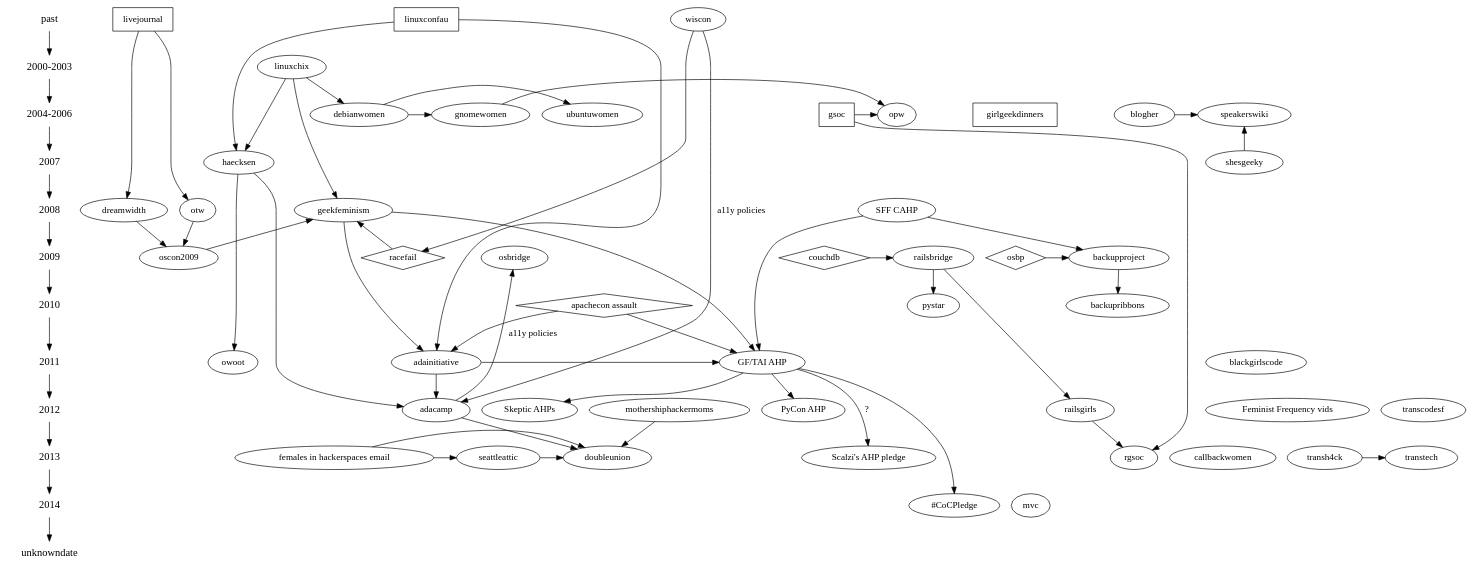
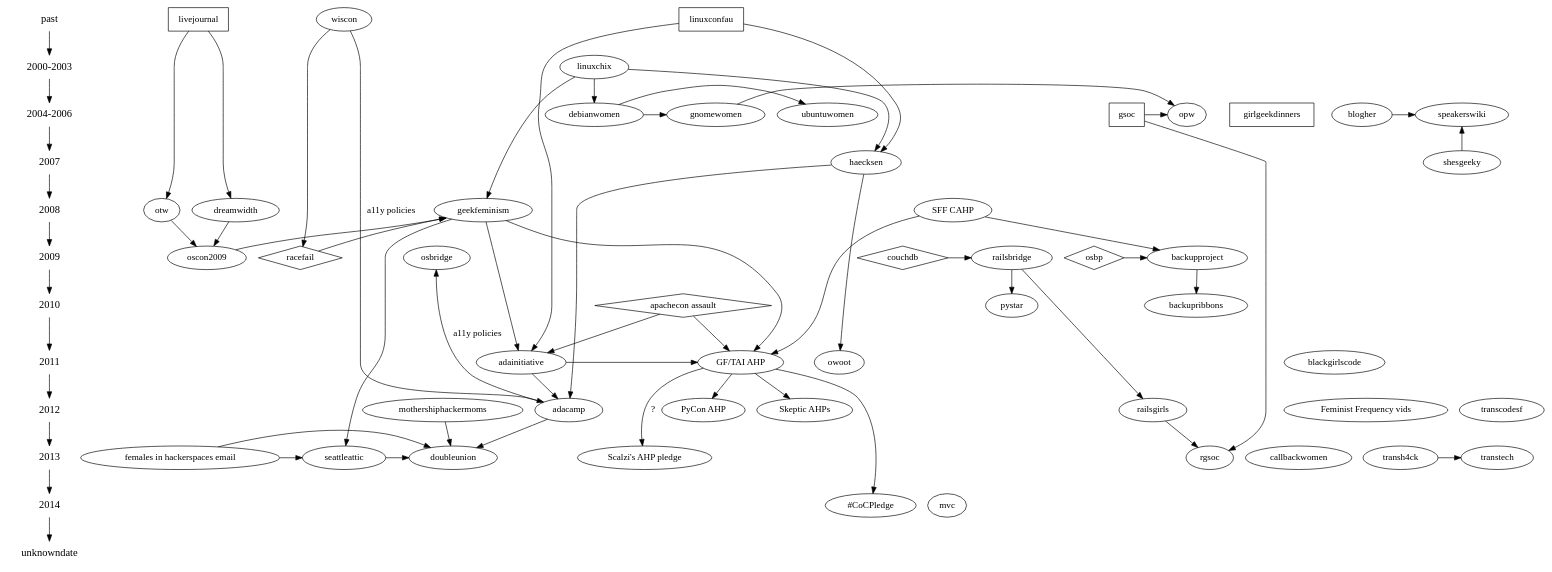
Before and after one commit to brainwane/gf-family-tree: the diagram in gfft.dot, drawn with Graphviz. The commit also changed 1 other file, not shown here.

Commit message:
Added GF as influence on seattleattic
(as per https://github.com/Skud/gf-family-tree/issues/6)

```diff
--- a/gfft.dot
+++ b/gfft.dot
@@ -1,159 +1,160 @@
 digraph GeekFeminismFamilyTree {
 
   /*
      The following shapes are used for different types of things:
      oval = geek feminist/women-in-tech/etc organisation
      rectangle = orgs that aren't particularly feminist, but are influential
      diamond = event/incident (cf. GF wiki "Timeline of Incidents")
   */
 
   /*
      And this section lays out the history in terms of years.
   */
 
   {
     node [shape=plaintext, fontsize=16];
     past -> "2000-2003" -> "2004-2006" -> 2007 -> 2008 -> 2009 -> 2010 -> 2011 -> 2012 -> 2013 -> 2014 -> unknowndate;
   }
   { rank = same; past; livejournal; wiscon; linuxconfau}
   { rank = same; "2000-2003"; linuxchix; }
   { rank = same; "2004-2006"; gsoc; opw; ubuntuwomen; gnomewomen; debianwomen; girlgeekdinners; blogher; speakerswiki}
   { rank = same; 2007; haecksen; shesgeeky; }
   { rank = same; 2008; "SFF CAHP"; geekfeminism; dreamwidth; otw; }
   { rank = same; 2009; oscon2009; racefail; couchdb; railsbridge; osbp; backupproject; osbridge; }
   { rank = same; 2010; "apachecon assault"; backupribbons;}
   { rank = same; 2011; adainitiative; "GF/TAI AHP"; owoot; blackgirlscode }
   { rank = same; 2012; adacamp; railsgirls; "Skeptic AHPs"; "PyCon AHP"; "Feminist Frequency vids"; transcodesf; }
   { rank = same; 2013; seattleattic; doubleunion; rgsoc; callbackwomen; "Scalzi's AHP pledge"; transh4ck; transtech; "females in hackerspaces email"}
   { rank = same; 2014; mvc; "#CoCPledge"; }
   { rank = same; 2014; mvc }
   { rank = same; unknowndate; }
 
   /* GGD explicitly identify as non-feminist
    * news.bbc.co.uk/2/hi/technology/8663593.stm */
   girlgeekdinners [shape=rectangle]
 
   /* Skud set up the GF wiki in 2008, mostly inspired by earlier "women
    * in open source" communities such as linuxchix */
   linuxchix -> geekfeminism;
 
   /* in 2009, Racefail introduced Skud and other GF wiki contributors to
    * a lot of new ideas */
   racefail -> geekfeminism;
   racefail [shape=diamond];
 
   /* in 2010, the Noirin Plunkett's assault at ApacheCon triggered
    * discussions about anti-harassment that would lead to the formation
    * of the Ada Initiative */
   "apachecon assault" -> adainitiative;
   "apachecon assault" [shape=diamond];
 
   /* GF (esp. volunteer burnout) was an influence on TAI */
   geekfeminism -> adainitiative;
 
   /* The first TAI discussions were held at LCA */
   linuxconfau -> adainitiative;
   linuxconfau [shape=rectangle];
 
   /* TAI wrote the first conf anti-harassment poilcy in response to the
    * apachecon assault */
   "apachecon assault" -> "GF/TAI AHP"
   "geekfeminism" -> "GF/TAI AHP"
   "adainitiative" -> "GF/TAI AHP"
 
   /* The Con Anti-Harassment Policy (out of SFF fandom) also inspired it */
   "SFF CAHP" -> "GF/TAI AHP"
 
   /* Vaguely related: Open Source Boob Project and Backup Project */
   osbp -> backupproject
   osbp [shape=diamond]
   "SFF CAHP" -> backupproject
   backupproject -> backupribbons;
 
   /* The GF/TAI AHP inspired the PyCon variant */
   "GF/TAI AHP" -> "PyCon AHP";
 
   /* The GF/TAI AHP inspired the skeptic variants */
   "GF/TAI AHP" -> "Skeptic AHPs";
   "GF/TAI AHP" -> "#CoCPledge";
 
   /* Causation here is less clear. */
   "GF/TAI AHP" -> "Scalzi's AHP pledge" [label="?"];
 
   adainitiative -> adacamp;
 
   /* Adacamp was inspired in some ways by Wiscon, eg. accessibility */
   wiscon -> adacamp [label="a11y policies"];
   /* and then open source bridge picked up some of that from adacamp */
   adacamp -> osbridge [label="a11y policies"];
 
   /* DoubleUnion came out of AdaCamp SF in 2013 */
   adacamp -> doubleunion;
+  geekfeminism -> seattleattic
   "females in hackerspaces email" -> seattleattic
   "females in hackerspaces email" -> doubleunion
   /* pretty sure mothership hackermoms was also an inspiration? */
   mothershiphackermoms -> doubleunion;
   seattleattic -> doubleunion;
 
   /* Various early women-in-open-source mailing lists etc */
   linuxchix -> debianwomen;
   debianwomen -> ubuntuwomen;
   /* Direct ancestry, because Hanna Wallach did debianwomen first and
    * then GNOME Women, and was never a big participant in LinuxChix*/
   debianwomen -> gnomewomen;
   haecksen -> owoot;
 
   /* Gnome Outreach Program for Women, now FOSS OPW */
   gnomewomen -> opw;
   /* "The Outreach Program for Women (OPW) was inspired by Google's
    * Summer of Code and by how few women applied for it."
    * via gnome.org/opw (why can't I include double slashes in a comment?)
    */
   gsoc -> opw;
   gsoc [shape=rectangle]
 
   /* LinuxChix inspired the Haecksen miniconf at LCA */
   linuxchix -> haecksen;
   linuxconfau -> haecksen;
 
   /* Both creations of Mary Gardiner's, one of the inputs to AdaCamp is
      what wasn't possible with Haecksen */
   haecksen -> adacamp;
 
   /* RailsBridge happened in response to the CouchDB incident at
    * GoGaRuCo */
   couchdb -> railsbridge;
   couchdb [shape=diamond];
   railsbridge -> pystar;
   railsbridge -> railsgirls;
 
   /* There's now a rails girls summer of code */
 
   railsgirls -> rgsoc;
   gsoc -> rgsoc;
 
   wiscon -> racefail;
 
   /* Livejournal (esp. their fail) inspired DW and OTW */
   livejournal -> dreamwidth;
   livejournal -> otw;
   livejournal [shape=rectangle]
 
   /* Dreamwidth and OTW inspired Skud's 2009 OSCON keynote */
   dreamwidth -> oscon2009;
   otw -> oscon2009;
 
   /* GF blog came out of the oscon2009 keynote, as a place to have
    * ongoing conversations */
   oscon2009 -> geekfeminism;
 
   /* Trans*H4CK inspired the Transtech meetups
    * lukasblakk.com/why-i-was-part-of-creating-a-thing-called-transtech/ */
   transh4ck -> transtech;
 
   /* Speaker's wiki (www.socialtext.net/speakers) came out of BlogHer
    * '05 and is supported by She's Geeky */
   blogher -> speakerswiki;
   shesgeeky -> speakerswiki;
 
 }
```
